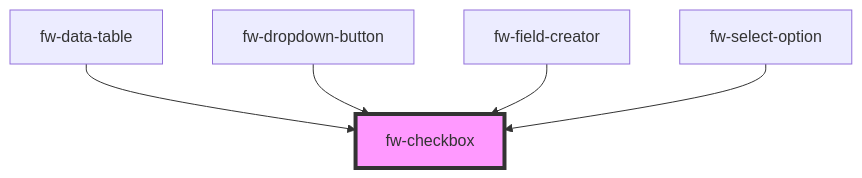
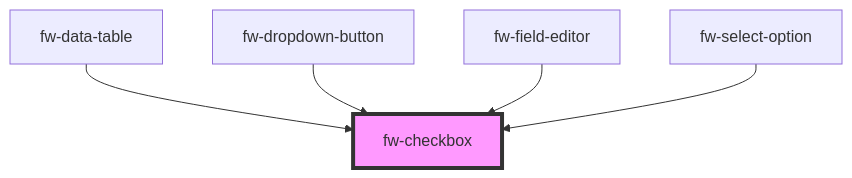
One commit to freshworks/crayons changed the diagram in packages/crayons-core/src/components/checkbox/readme.md. Above: the diagram before and after it, drawn with Mermaid. The commit also changed other lines of this file and 25 other files, not shown here.

````diff
--- a/packages/crayons-core/src/components/checkbox/readme.md
+++ b/packages/crayons-core/src/components/checkbox/readme.md
@@ -69,8 +69,8 @@
 ```mermaid
 graph TD;
   fw-data-table --> fw-checkbox
   fw-dropdown-button --> fw-checkbox
-  fw-field-creator --> fw-checkbox
+  fw-field-editor --> fw-checkbox
   fw-select-option --> fw-checkbox
   style fw-checkbox fill:#f9f,stroke:#333,stroke-width:4px
 ```
````
